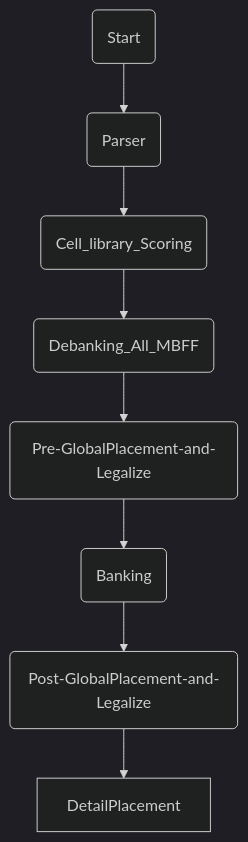
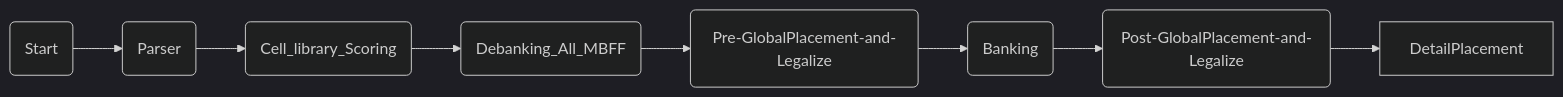
Before and after one commit to ck1080749/2024-ICCAD-Problem-B: the diagram in README.md, drawn with Mermaid (dark theme).

````diff
--- a/README.md
+++ b/README.md
@@ -16,10 +16,10 @@
 ```mermaid
-flowchart TD;
+flowchart LR;
     A(Start)-->B(Parser);
     B-->C(Cell_library_Scoring);
     C-->D(Debanking_All_MBFF);
     D-->E(Pre-GlobalPlacement-and-Legalize);
     E-->F(Banking);
     F-->G(Post-GlobalPlacement-and-Legalize);
     G-->DetailPlacement;
 ```
````
